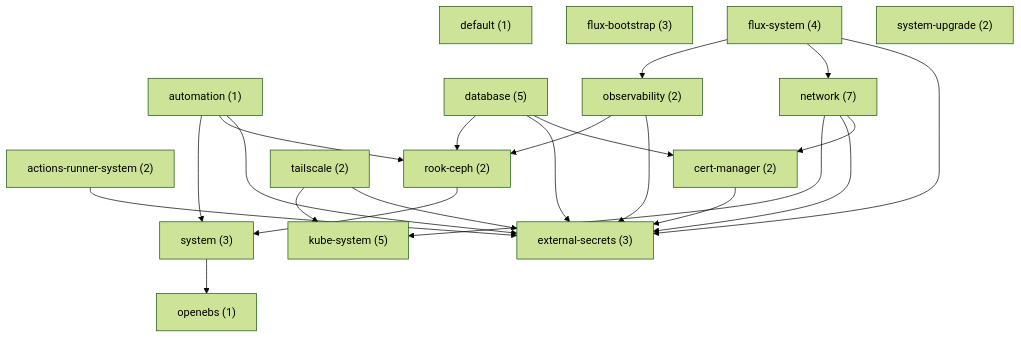
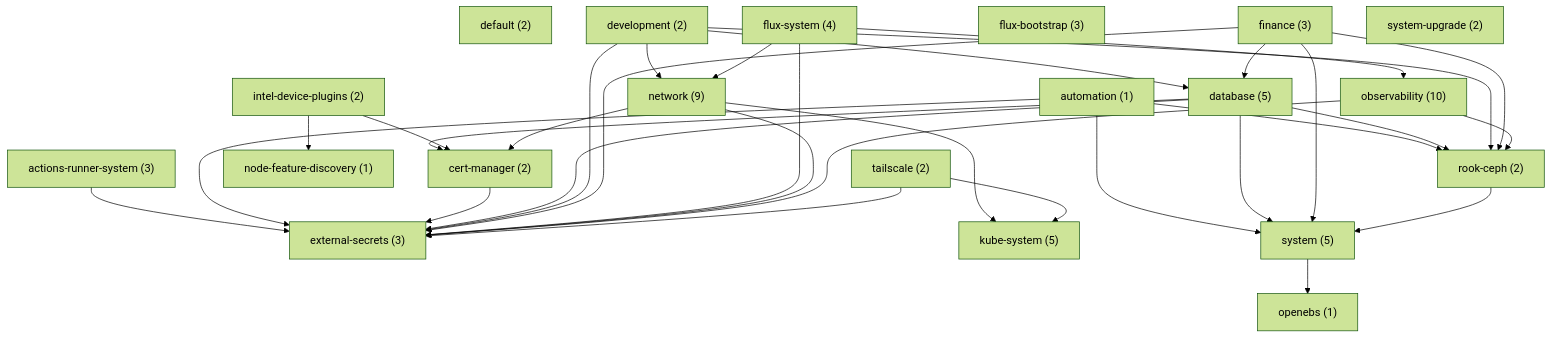
Before and after one commit to qnimbus/home-lab: the first of 21 diagrams in docs/CLUSTER.md, drawn with Mermaid (forest theme). The commit also changed other lines of this file and 19 other files, not shown here.

````diff
--- a/docs/CLUSTER.md
+++ b/docs/CLUSTER.md
@@ -905,39 +907,54 @@
 ```mermaid
 flowchart TD
-  actions_runner_system["actions-runner-system (2)"]
+  actions_runner_system["actions-runner-system (3)"]
   automation["automation (1)"]
   cert_manager["cert-manager (2)"]
   database["database (5)"]
-  default["default (1)"]
+  default["default (2)"]
+  development["development (2)"]
   external_secrets["external-secrets (3)"]
+  finance["finance (3)"]
   flux_bootstrap["flux-bootstrap (3)"]
   flux_system["flux-system (4)"]
+  intel_device_plugins["intel-device-plugins (2)"]
   kube_system["kube-system (5)"]
-  network["network (7)"]
-  observability["observability (2)"]
+  network["network (9)"]
+  node_feature_discovery["node-feature-discovery (1)"]
+  observability["observability (10)"]
   openebs["openebs (1)"]
   rook_ceph["rook-ceph (2)"]
-  system["system (3)"]
+  system["system (5)"]
   system_upgrade["system-upgrade (2)"]
   tailscale["tailscale (2)"]
   actions_runner_system --> external_secrets
   automation --> external_secrets
   automation --> rook_ceph
   automation --> system
   cert_manager --> external_secrets
   database --> cert_manager
   database --> external_secrets
   database --> rook_ceph
+  database --> system
+  development --> database
+  development --> external_secrets
+  development --> network
+  development --> rook_ceph
+  finance --> database
+  finance --> external_secrets
+  finance --> rook_ceph
+  finance --> system
   flux_system --> external_secrets
   flux_system --> network
   flux_system --> observability
+  intel_device_plugins --> cert_manager
+  intel_device_plugins --> node_feature_discovery
   network --> cert_manager
   network --> external_secrets
   network --> kube_system
   observability --> external_secrets
   observability --> rook_ceph
   rook_ceph --> system
   system --> openebs
   tailscale --> external_secrets
   tailscale --> kube_system
 ```
````
